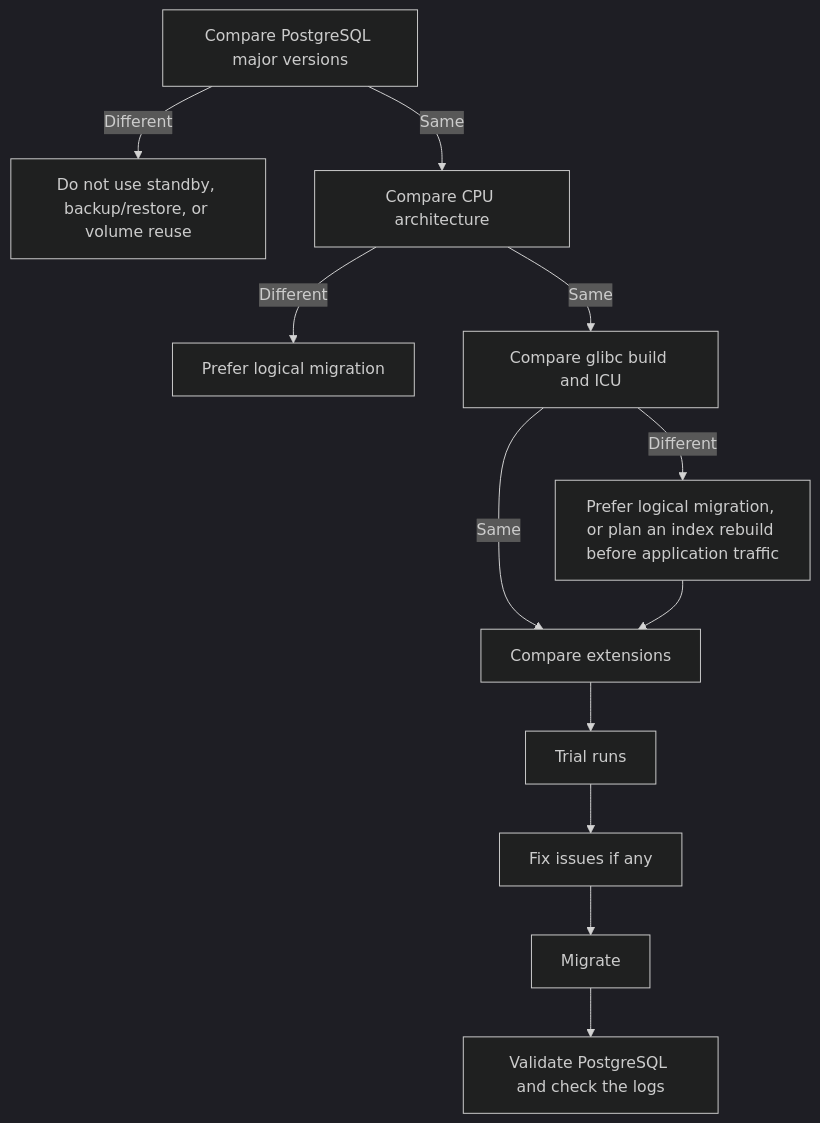
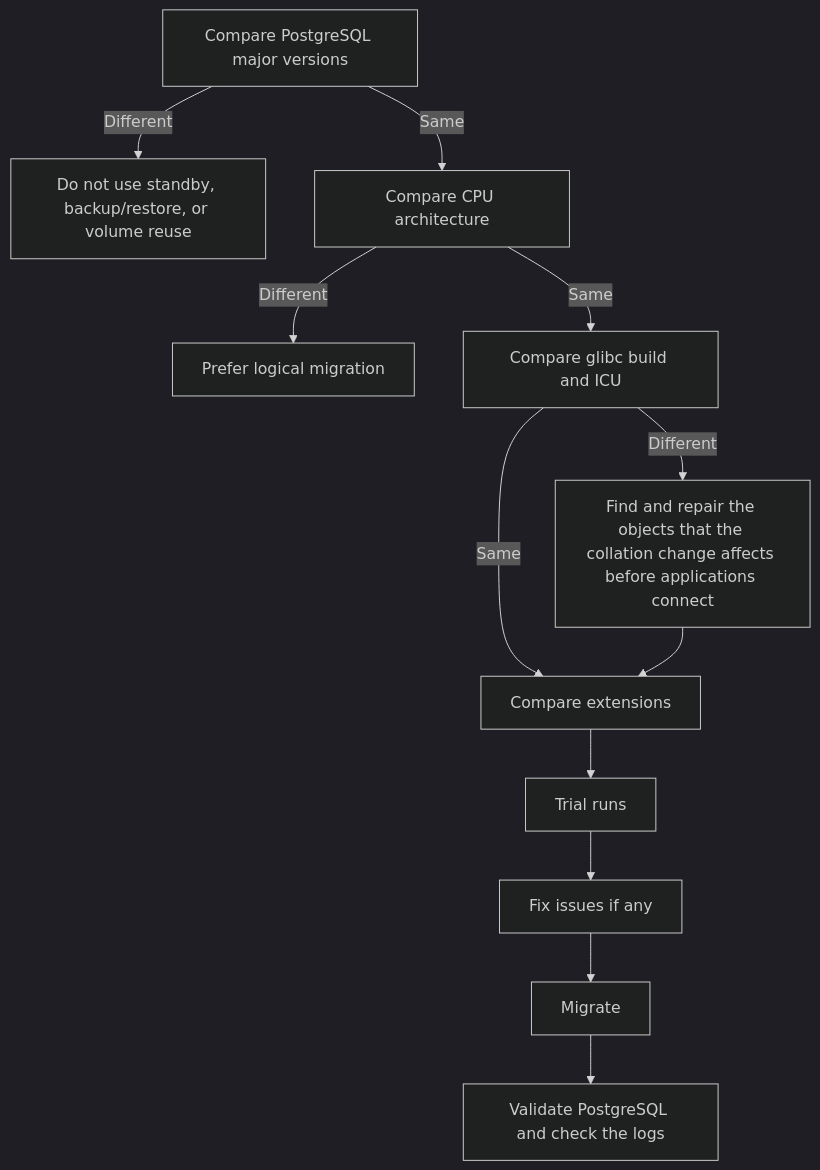
One commit to percona/k8spg-docs changed the diagram in docs/migrate-checklist.md. Above: the diagram before and after it, drawn with Mermaid (dark theme). The commit also changed other lines of this file and 6 other files, not shown here.

Commit message:
Updated glibc recommendations and the decision making diagram based on Pablo's feedback

````diff
--- a/docs/migrate-checklist.md
+++ b/docs/migrate-checklist.md
@@ -16,14 +16,14 @@
 ```mermaid
 flowchart TD
     A[Compare PostgreSQL major versions] -->|Different| B[Do not use standby, backup/restore, or volume reuse]
     A -->|Same| C[Compare CPU architecture]
     C -->|Different| D[Prefer logical migration]
     C -->|Same| E[Compare glibc build and ICU]
     E -->|Same| F[Compare extensions]
-    E -->|Different| G[Prefer logical migration, or plan an index rebuild before application traffic]
+    E -->|Different| G[Find and repair the objects that the collation change affects before applications connect]
     G --> F
     F --> K[Trial runs]
     K --> L[Fix issues if any]
     L --> M[Migrate]
     M --> N[Validate PostgreSQL and check the logs]
 ```
````
